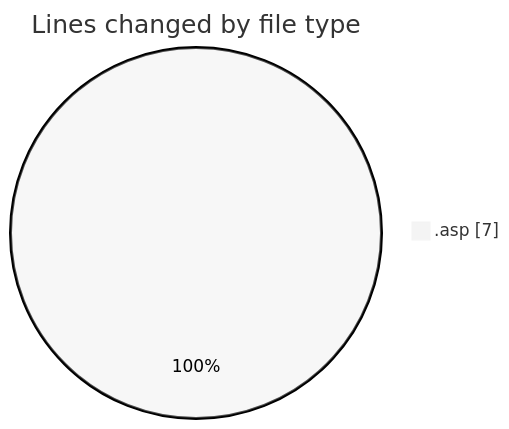
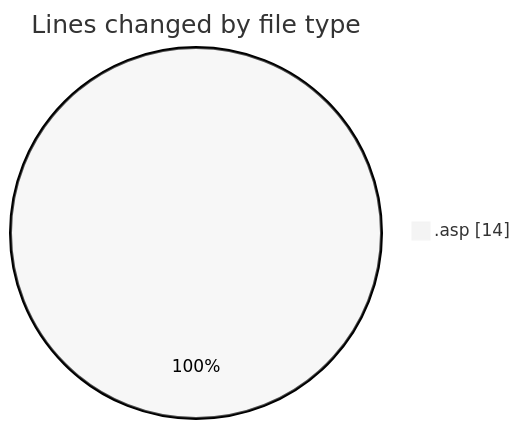
Before and after one commit to julien-gomy/code-tracking: the first of 2 diagrams in 2025-11-02/cdp_aleoudev_fr__workspace_/README.md, drawn with Mermaid (neutral theme). The commit also changed other lines of this file and 1 other file, not shown here.

````diff
--- a/2025-11-02/cdp_aleoudev_fr__workspace_/README.md
+++ b/2025-11-02/cdp_aleoudev_fr__workspace_/README.md
@@ -20,5 +21,5 @@
 ```mermaid
 pie showData
 title Lines changed by file type
-".asp" : 7
+".asp" : 14
 ```
````
